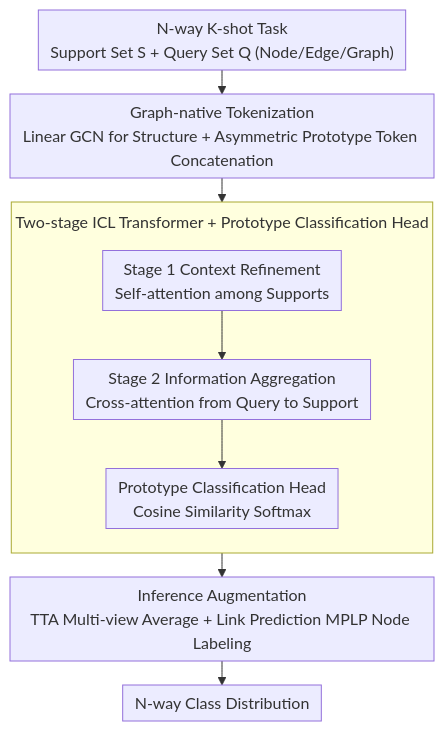
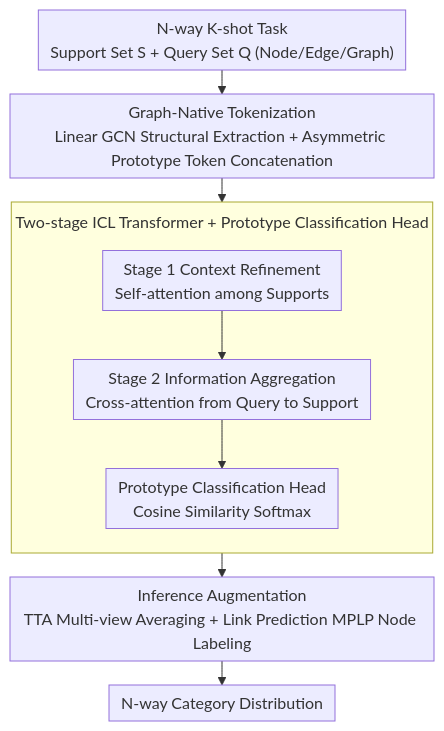
One commit to zhaoyang97/Paper-Notes-en changed the diagram in docs/ICML2026/graph_learning/gilt_an_llm-free_tuning-free_graph_foundational_model_for_in-context_learning.md. Above: the diagram before and after it, drawn with Mermaid. The commit also changed other lines of this file and 5084 other files, not shown here.

````diff
--- a/docs/ICML2026/graph_learning/gilt_an_llm-free_tuning-free_graph_foundational_model_for_in-context_learning.md
+++ b/docs/ICML2026/graph_learning/gilt_an_llm-free_tuning-free_graph_foundational_model_for_in-context_learning.md
@@ -43,13 +43,13 @@
 ```mermaid
 %%{init: {'flowchart': {'rankSpacing': 24, 'nodeSpacing': 28, 'padding': 6, 'wrappingWidth': 400, 'subGraphTitleMargin': {'top': 8, 'bottom': 16}}}}%%
 flowchart TD
-    IN["N-way K-shot Task<br/>Support Set S + Query Set Q (Node/Edge/Graph)"] --> TOK["Graph-native Tokenization<br/>Linear GCN for Structure + Asymmetric Prototype Token Concatenation"]
+    IN["N-way K-shot Task<br/>Support Set S + Query Set Q (Node/Edge/Graph)"] --> TOK["Graph-Native Tokenization<br/>Linear GCN Structural Extraction + Asymmetric Prototype Token Concatenation"]
     TOK --> TR
     subgraph TR["Two-stage ICL Transformer + Prototype Classification Head"]
         direction TB
         R1["Stage 1 Context Refinement<br/>Self-attention among Supports"] --> R2["Stage 2 Information Aggregation<br/>Cross-attention from Query to Support"]
         R2 --> R3["Prototype Classification Head<br/>Cosine Similarity Softmax"]
     end
-    TR --> AUG["Inference Augmentation<br/>TTA Multi-view Average + Link Prediction MPLP Node Labeling"]
-    AUG --> OUT["N-way Class Distribution"]
+    TR --> AUG["Inference Augmentation<br/>TTA Multi-view Averaging + Link Prediction MPLP Node Labeling"]
+    AUG --> OUT["N-way Category Distribution"]
 ```
````
